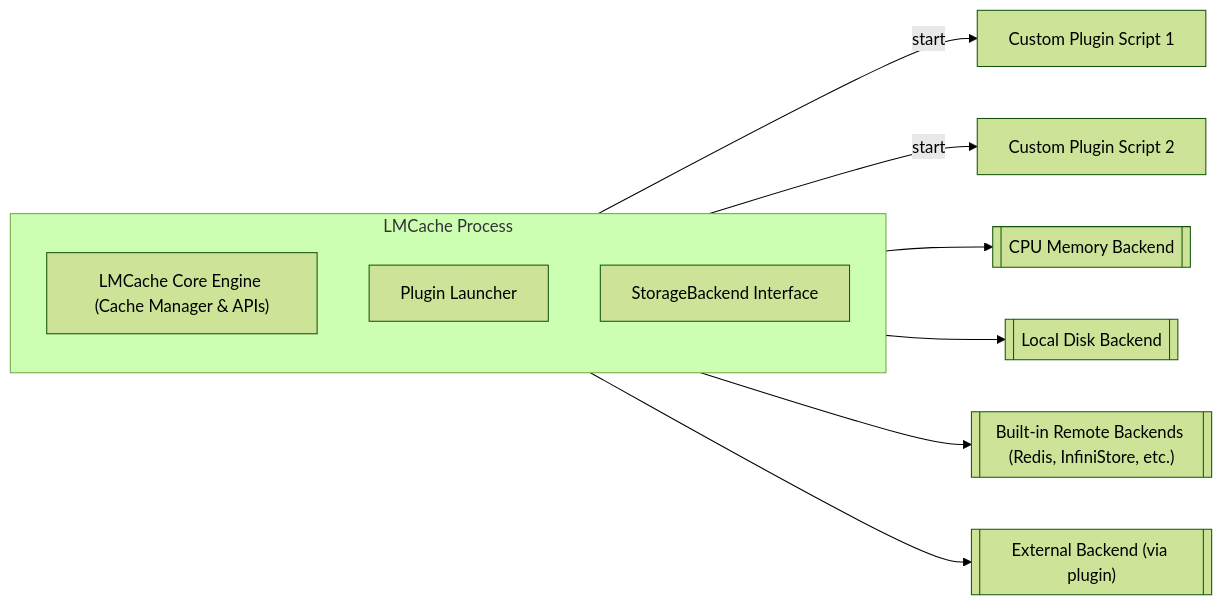
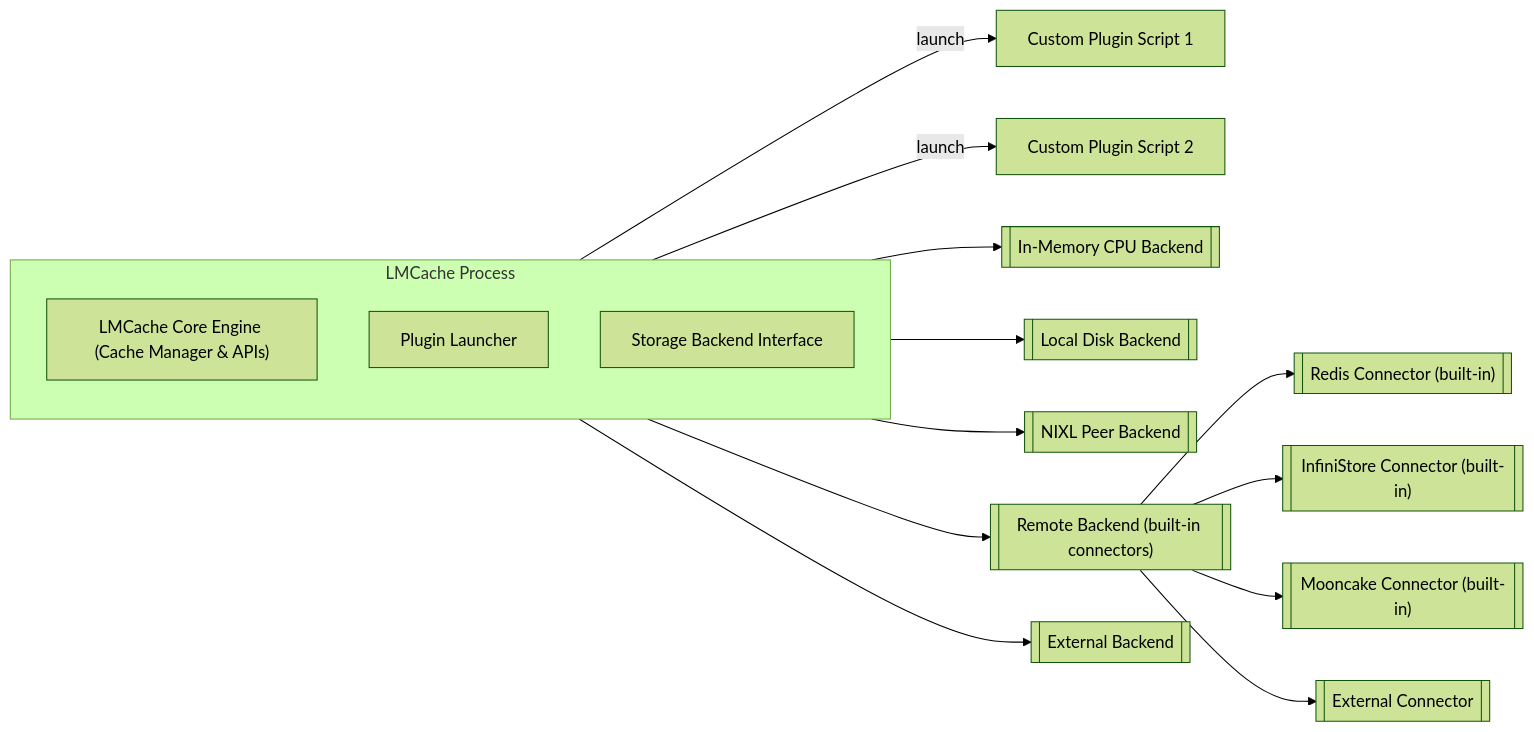
One commit to LMCache/LMCache changed the diagram in docs/source/developer_guide/plugin_framework.rst. Above: the diagram before and after it, drawn with Mermaid (forest theme). The commit also changed other lines of this file, not shown here.

Commit message:
update plugin section

```diff
--- a/docs/source/developer_guide/plugin_framework.rst
+++ b/docs/source/developer_guide/plugin_framework.rst
@@ -14,17 +10,23 @@
 .. mermaid::
 
    flowchart LR
       subgraph "LMCache Process"
          direction TB
          core["LMCache Core Engine (Cache Manager & APIs)"]
          pluginMgr["Plugin Launcher"]
-         backendMgr["StorageBackend Interface"]
+         backendMgr["Storage Backend Interface"]
       end
 
-      pluginMgr -->|"start"| Plugin1["Custom Plugin Script 1"]
-      pluginMgr -->|"start"| Plugin2["Custom Plugin Script 2"]
+      pluginMgr -->|"launch"| plugin1["Custom Plugin Script 1"]
+      pluginMgr -->|"launch"| plugin2["Custom Plugin Script 2"]
 
-      backendMgr --> CPUBackend[["CPU Memory Backend"]]
+      backendMgr --> CPUBackend[["In-Memory CPU Backend"]]
       backendMgr --> DiskBackend[["Local Disk Backend"]]
-      backendMgr --> RemoteBackend[["Built-in Remote Backends (Redis, InfiniStore, etc.)"]]
-      backendMgr --> CustomBackend[["External Backend (via plugin)"]]
+      backendMgr --> NIXLBackend[["NIXL Peer Backend"]]
+      backendMgr --> RemoteBackend[["Remote Backend (built-in connectors)"]]
+      backendMgr --> CustomBackend[["External Backend"]]
+
+      RemoteBackend --> RedisConnector[["Redis Connector (built-in)"]]
+      RemoteBackend --> InfiniConnector[["InfiniStore Connector (built-in)"]]
+      RemoteBackend --> MooncakeConnector[["Mooncake Connector (built-in)"]]
+      RemoteBackend --> CustomConnector[["External Connector"]]
```
